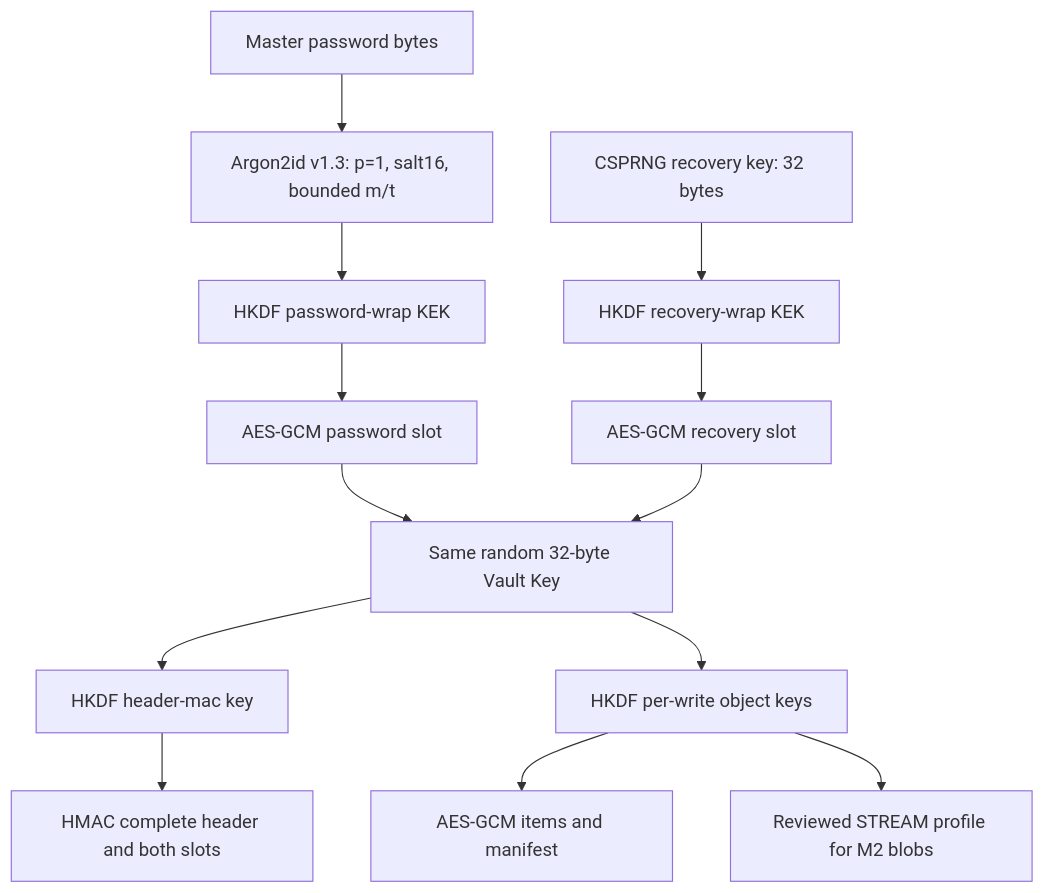
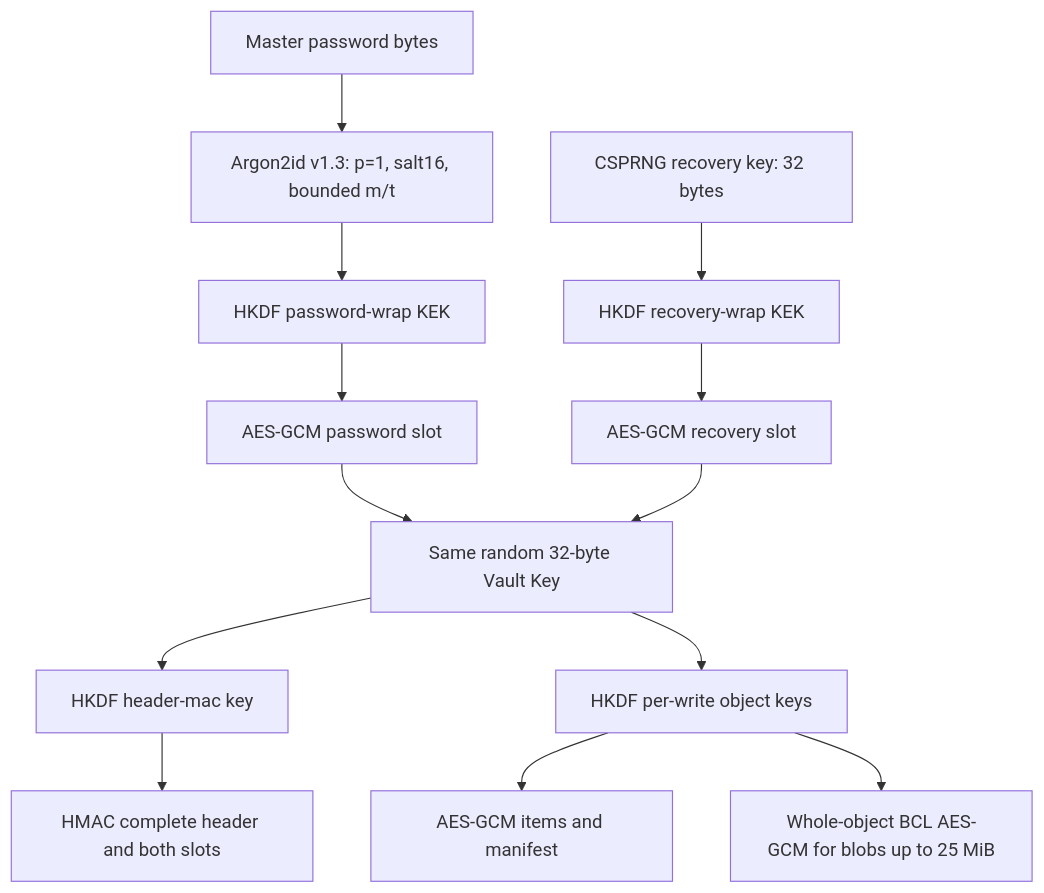
One commit to SafeNook/SafeNook changed the diagram in docs/recovery-and-io.md. Above: the diagram before and after it, drawn with Mermaid. The commit also changed other lines of this file and 12 other files, not shown here.

Commit message:
docs(sn-002-r2): align vault architecture with whole-object AES-GCM

````diff
--- a/docs/recovery-and-io.md
+++ b/docs/recovery-and-io.md
@@ -10,15 +12,15 @@
 ```mermaid
 flowchart TD
     P[Master password bytes] --> A[Argon2id v1.3: p=1, salt16, bounded m/t]
     A --> PK[HKDF password-wrap KEK]
     R[CSPRNG recovery key: 32 bytes] --> RK[HKDF recovery-wrap KEK]
     PK --> PS[AES-GCM password slot]
     RK --> RS[AES-GCM recovery slot]
     PS --> V[Same random 32-byte Vault Key]
     RS --> V
     V --> HM[HKDF header-mac key]
     V --> O[HKDF per-write object keys]
     HM --> H[HMAC complete header and both slots]
     O --> I[AES-GCM items and manifest]
-    O --> B[Reviewed STREAM profile for M2 blobs]
+    O --> B[Whole-object BCL AES-GCM for blobs up to 25 MiB]
 ```
````
